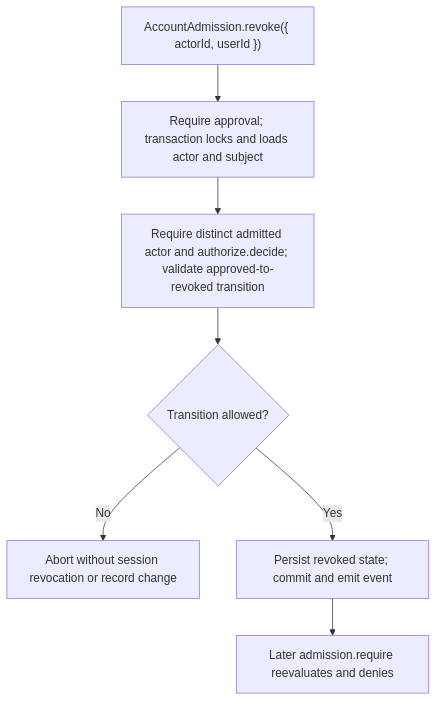
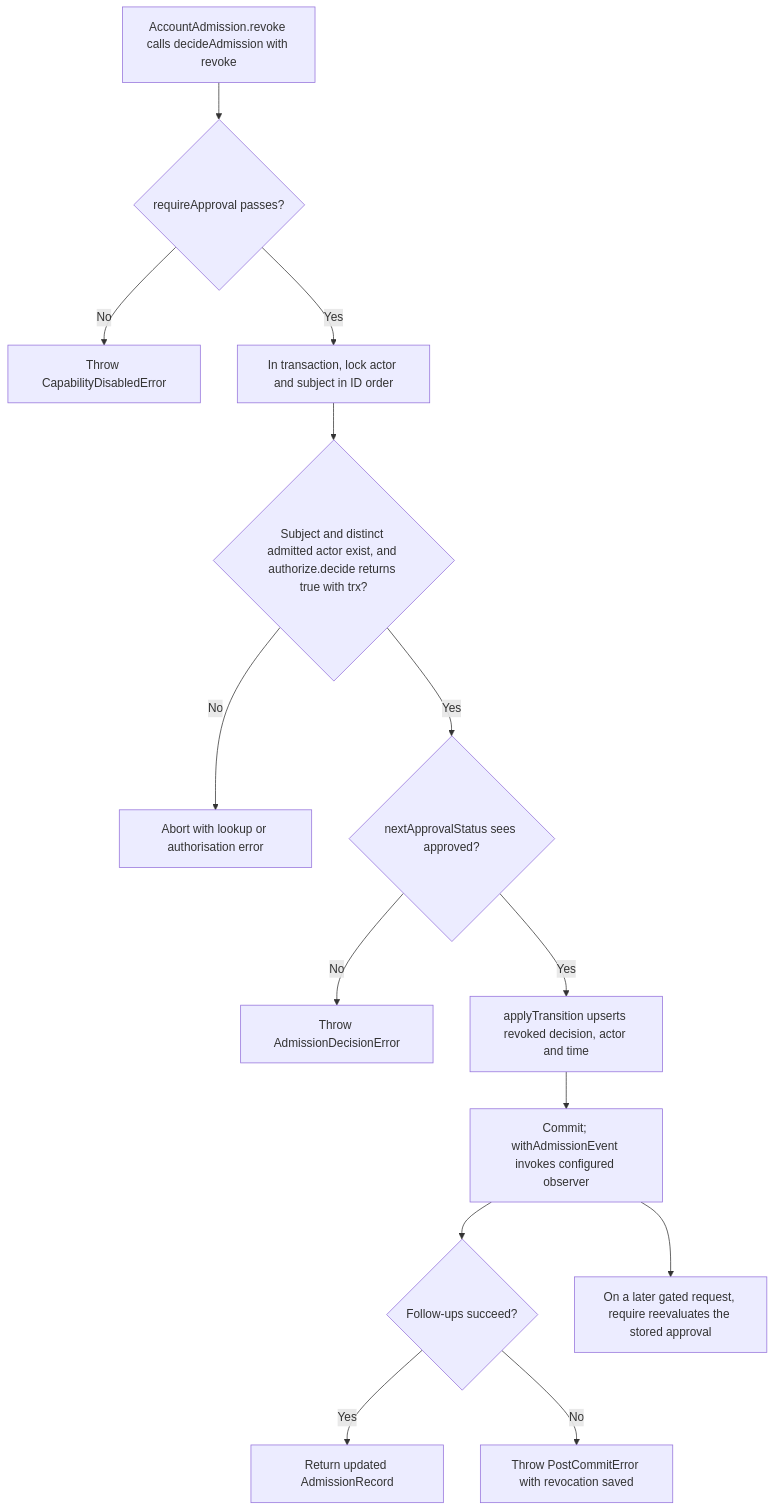
Before and after one commit to Kevinjohn/oss-adonisjs-account-kit: the second of 2 diagrams in user-stories/US-ACCOUNT-27-revoke-admission.md, drawn with Mermaid. The commit also changed other lines of this file and 70 other files, not shown here.

Commit message:
Refresh the Account Kit user story catalogue for 0.6.0

````diff
--- a/user-stories/US-ACCOUNT-27-revoke-admission.md
+++ b/user-stories/US-ACCOUNT-27-revoke-admission.md
@@ -31,9 +36,16 @@
 ```mermaid
 flowchart TD
- A["AccountAdmission.revoke({ actorId, userId })"] --> B["Require approval; transaction locks and loads actor and subject"]
- B --> C["Require distinct admitted actor and authorize.decide; validate approved-to-revoked transition"]
- C --> D{"Transition allowed?"}
- D -->|No| E["Abort without session revocation or record change"]
- D -->|Yes| F["Persist revoked state; commit and emit event"]
- F --> G["Later admission.require reevaluates and denies"]
+ A["AccountAdmission.revoke calls decideAdmission with revoke"] --> B{"requireApproval passes?"}
+ B -->|No| C["Throw CapabilityDisabledError"]
+ B -->|Yes| D["In transaction, lock actor and subject in ID order"]
+ D --> E{"Subject and distinct admitted actor exist, and authorize.decide returns true with trx?"}
+ E -->|No| F["Abort with lookup or authorisation error"]
+ E -->|Yes| G{"nextApprovalStatus sees approved?"}
+ G -->|No| H["Throw AdmissionDecisionError"]
+ G -->|Yes| I["applyTransition upserts revoked decision, actor and time"]
+ I --> J["Commit; withAdmissionEvent invokes configured observer"]
+ J --> K{"Follow-ups succeed?"}
+ K -->|Yes| L["Return updated AdmissionRecord"]
+ K -->|No| M["Throw PostCommitError with revocation saved"]
+ J --> N["On a later gated request, require reevaluates the stored approval"]
 ```
````
